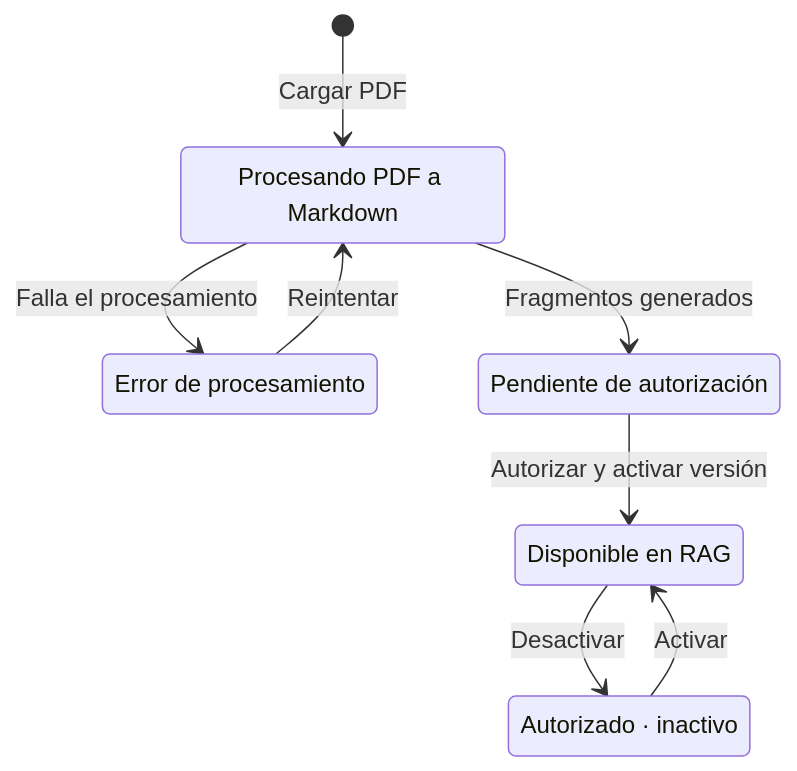
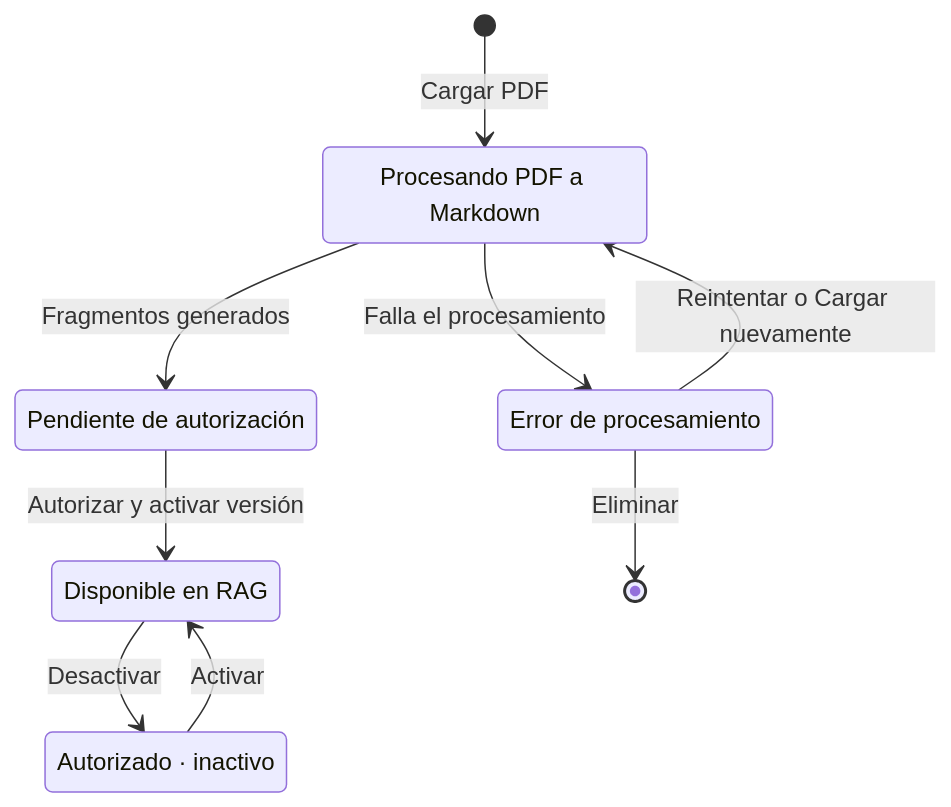
The diagram in docs/manuales/manual_usuario_administrador.md (eli899/riesgoti), drawn with Mermaid before and after one commit. The commit also changed other lines of this file and 4 other files, not shown here.

````diff
--- a/docs/manuales/manual_usuario_administrador.md
+++ b/docs/manuales/manual_usuario_administrador.md
@@ -285,15 +334,16 @@
 ```mermaid
 stateDiagram-v2
     state "Procesando PDF a Markdown" as Procesando
     state "Error de procesamiento" as Error
     state "Pendiente de autorización" as Pendiente
     state "Disponible en RAG" as Disponible
     state "Autorizado · inactivo" as Inactivo
     [*] --> Procesando: Cargar PDF
     Procesando --> Error: Falla el procesamiento
-    Error --> Procesando: Reintentar
+    Error --> Procesando: Reintentar o Cargar nuevamente
+    Error --> [*]: Eliminar
     Procesando --> Pendiente: Fragmentos generados
     Pendiente --> Disponible: Autorizar y activar versión
     Disponible --> Inactivo: Desactivar
     Inactivo --> Disponible: Activar
 ```
````
